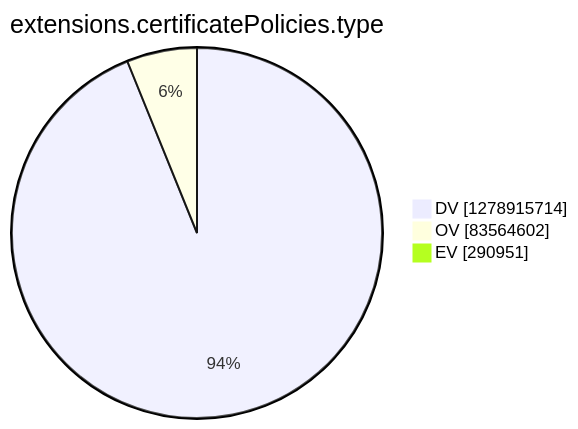
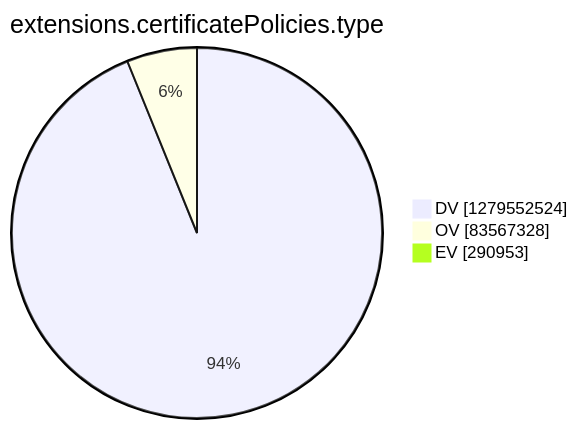
Before and after one commit to christiankrug/ctmonitor_visualization: the tenth of 15 diagrams in argon2022/README.md, drawn with Mermaid. The commit also changed other lines of this file, not shown here.

````diff
--- a/argon2022/README.md
+++ b/argon2022/README.md
@@ -2771,7 +2771,7 @@
 ```mermaid
 pie showData
 title extensions.certificatePolicies.type
-"DV" :1278915714
-"OV" :83564602
-"EV" :290951
+"DV" :1279552524
+"OV" :83567328
+"EV" :290953
 ```
````
